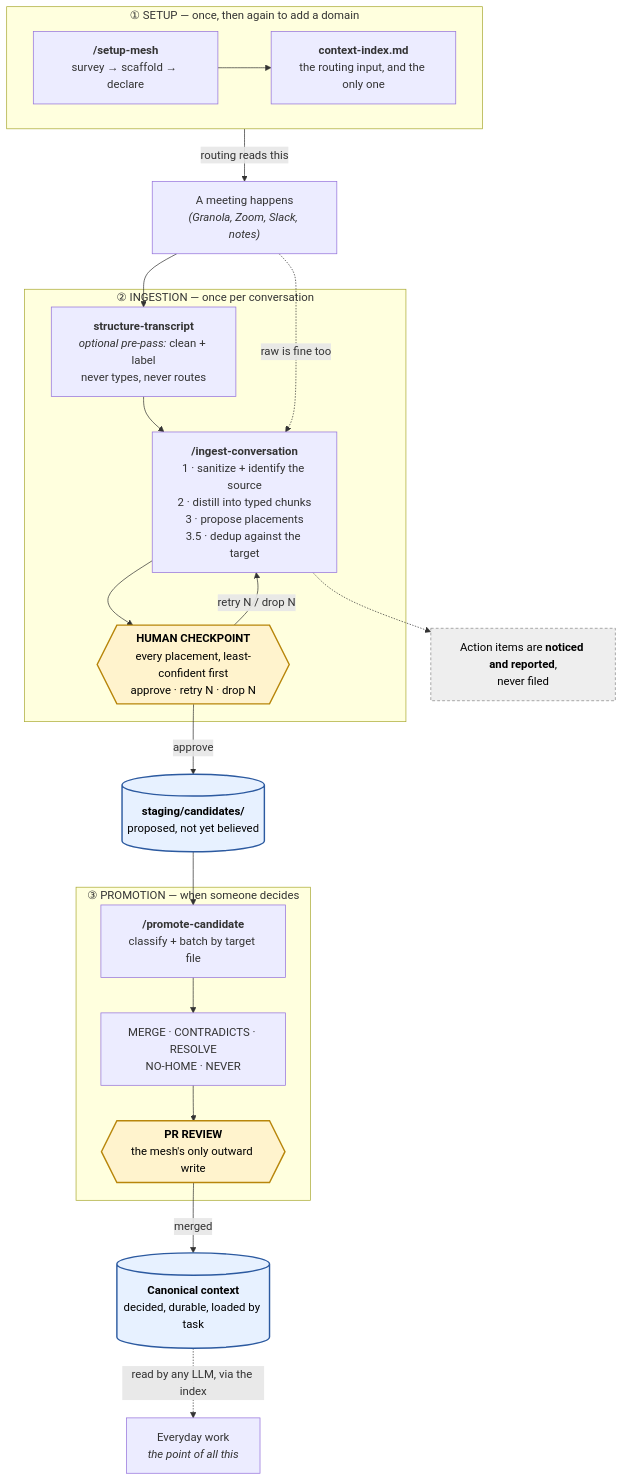
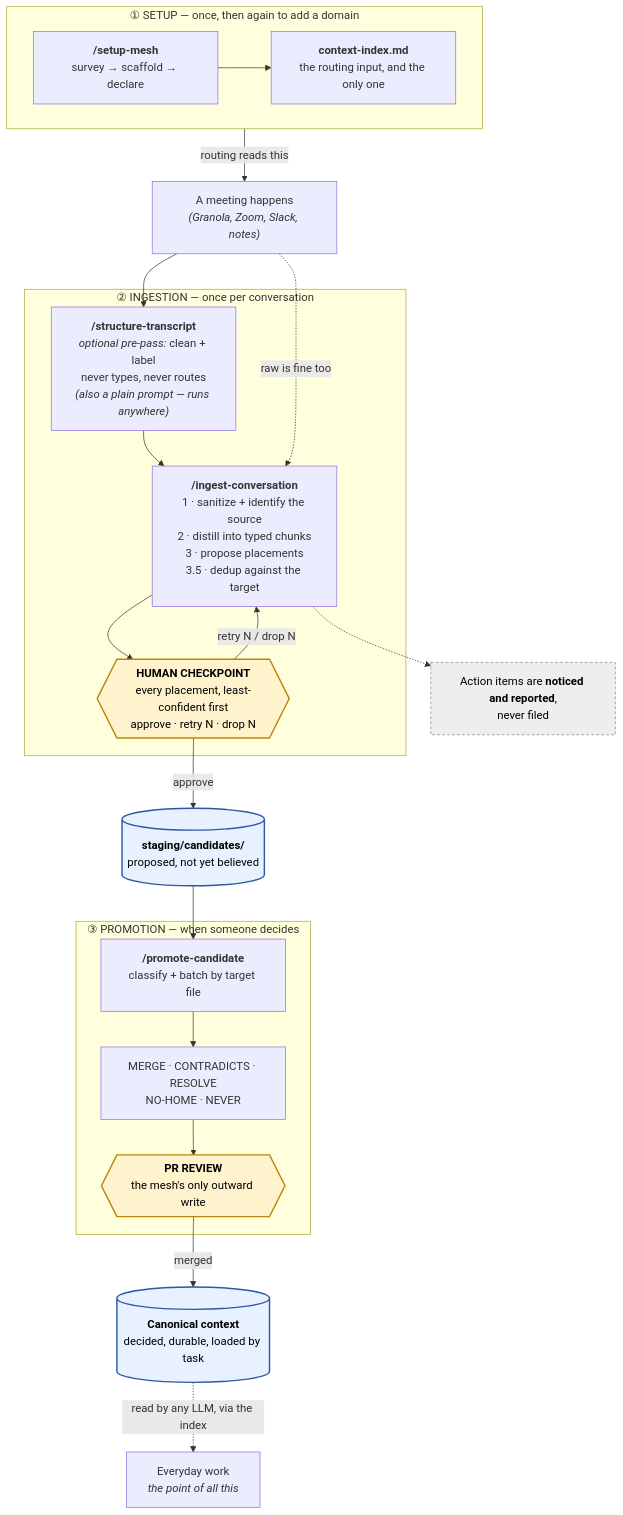
One commit to mitchell-ee/context-mesh-claude changed the first of 2 diagrams in docs/how-it-works.md. Above: the diagram before and after it, drawn with Mermaid. The commit also changed other lines of this file and 9 other files, not shown here.

First line of the commit message:
ee-context-mesh 0.4.0 — structure-transcript is now a skill

````diff
--- a/docs/how-it-works.md
+++ b/docs/how-it-works.md
@@ -22,47 +22,47 @@
 ```mermaid
 flowchart TD
     subgraph SETUP["① SETUP — once, then again to add a domain"]
         direction LR
         S1["<b>/setup-mesh</b><br/>survey → scaffold → declare"] --> S2["<b>context-index.md</b><br/>the routing input, and the only one"]
     end
 
     M["A meeting happens<br/><i>(Granola, Zoom, Slack, notes)</i>"]
 
     subgraph INGEST["② INGESTION — once per conversation"]
-        P["<b>structure-transcript</b><br/><i>optional pre-pass:</i> clean + label<br/>never types, never routes"]
+        P["<b>/structure-transcript</b><br/><i>optional pre-pass:</i> clean + label<br/>never types, never routes<br/><i>(also a plain prompt — runs anywhere)</i>"]
         I1["<b>/ingest-conversation</b><br/>1 · sanitize + identify the source<br/>2 · distill into typed chunks<br/>3 · propose placements<br/>3.5 · dedup against the target"]
         GATE1{{"<b>HUMAN CHECKPOINT</b><br/>every placement, least-confident first<br/>approve · retry N · drop N"}}
         P --> I1
         I1 --> GATE1
         GATE1 -->|"retry N / drop N"| I1
     end
 
     ST[("<b>staging/candidates/</b><br/>proposed, not yet believed")]
 
     subgraph PROMOTE["③ PROMOTION — when someone decides"]
         C["<b>/promote-candidate</b><br/>classify + batch by target file"]
         V["MERGE · CONTRADICTS · RESOLVE<br/>NO-HOME · NEVER"]
         GATE2{{"<b>PR REVIEW</b><br/>the mesh's only outward write"}}
         C --> V --> GATE2
     end
 
     CANON[("<b>Canonical context</b><br/>decided, durable, loaded by task")]
     USE["Everyday work<br/><i>the point of all this</i>"]
     TODO["Action items are <b>noticed and reported</b>,<br/>never filed"]
 
     S2 -->|"routing reads this"| M
     M --> P
     M -.->|"raw is fine too"| I1
     GATE1 -->|approve| ST
     ST --> C
     GATE2 -->|merged| CANON
     CANON -.->|"read by any LLM, via the index"| USE
     I1 -.-> TODO
 
     classDef gate fill:#fff3cd,stroke:#b8860b,stroke-width:2px,color:#000
     classDef store fill:#e7f1ff,stroke:#2c5aa0,stroke-width:2px,color:#000
     classDef out fill:#eee,stroke:#888,stroke-dasharray:4 3,color:#000
     class GATE1,GATE2 gate
     class ST,CANON store
     class TODO out
 ```
````
